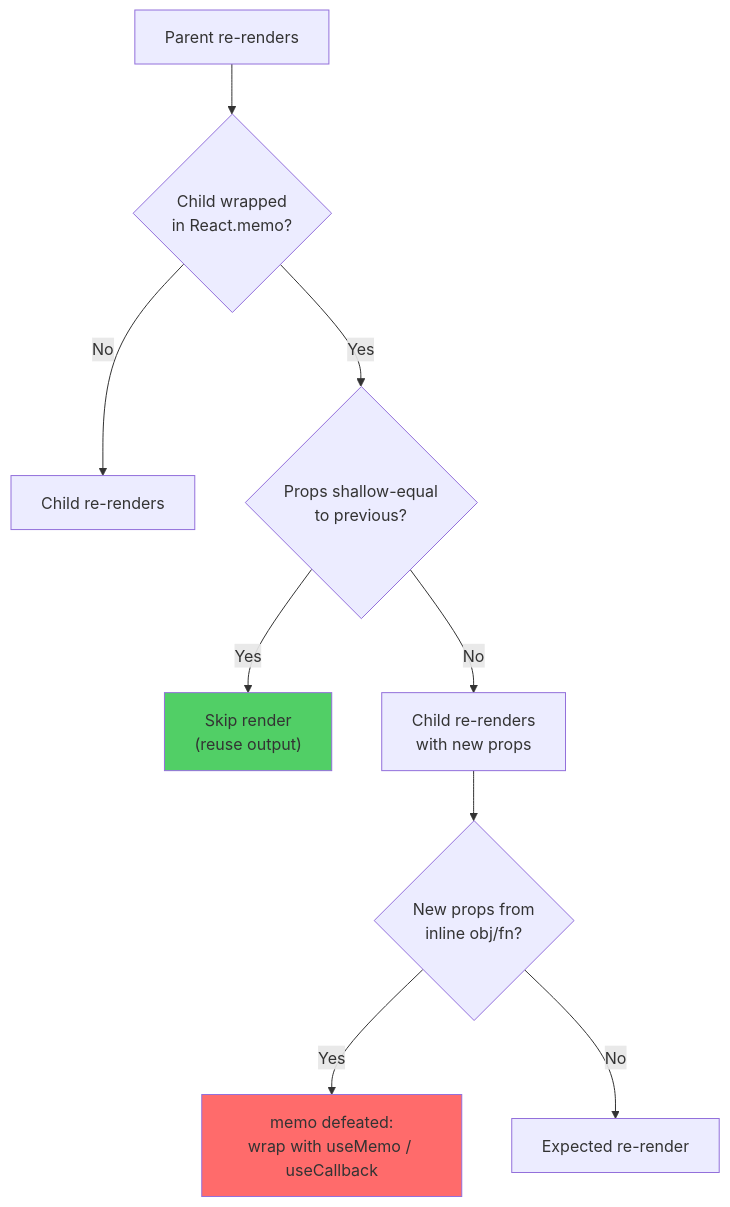
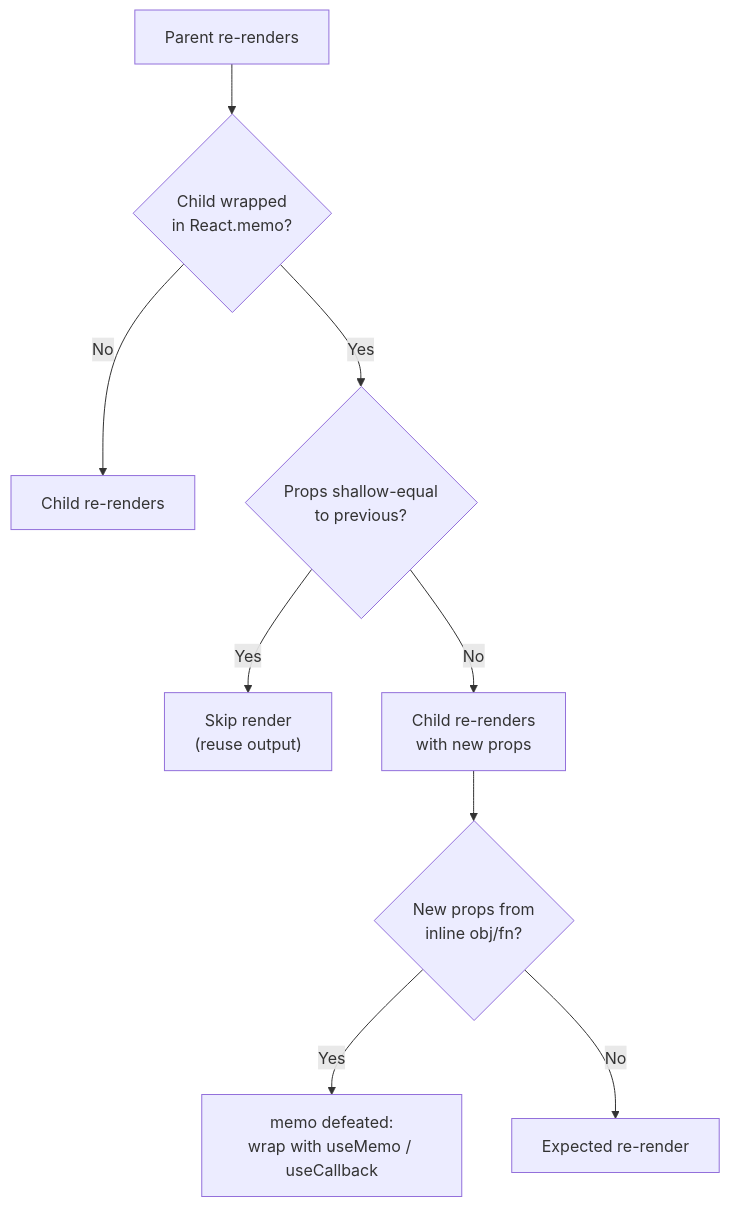
The second of 5 diagrams in arguments/chapters/09-performance-optimization.md (BabaScience/react-guides), drawn with Mermaid before and after one commit. The commit also changed other lines of this file and 29 other files, not shown here.

First line of the commit message:
Bring React FR/IT translations to full English parity + theme-safe diagrams

````diff
--- a/arguments/chapters/09-performance-optimization.md
+++ b/arguments/chapters/09-performance-optimization.md
@@ -339,14 +335,12 @@
 ```mermaid
 flowchart TD
     A["Parent re-renders"] --> B{"Child wrapped<br/>in React.memo?"}
     B -->|No| C["Child re-renders"]
     B -->|Yes| D{"Props shallow-equal<br/>to previous?"}
     D -->|Yes| E["Skip render<br/>(reuse output)"]
     D -->|No| F["Child re-renders<br/>with new props"]
     F --> G{"New props from<br/>inline obj/fn?"}
     G -->|Yes| H["memo defeated:<br/>wrap with useMemo / useCallback"]
     G -->|No| I["Expected re-render"]
 
-    style E fill:#51cf66
-    style H fill:#ff6b6b
 ```
````
